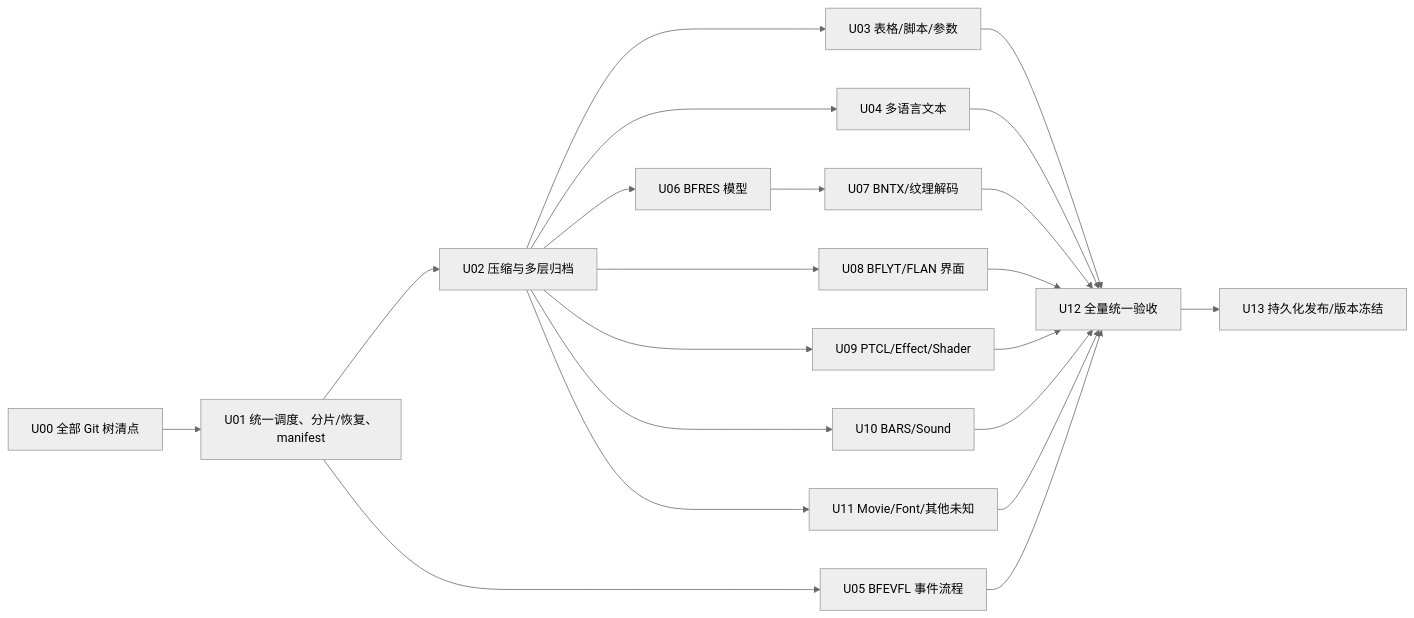
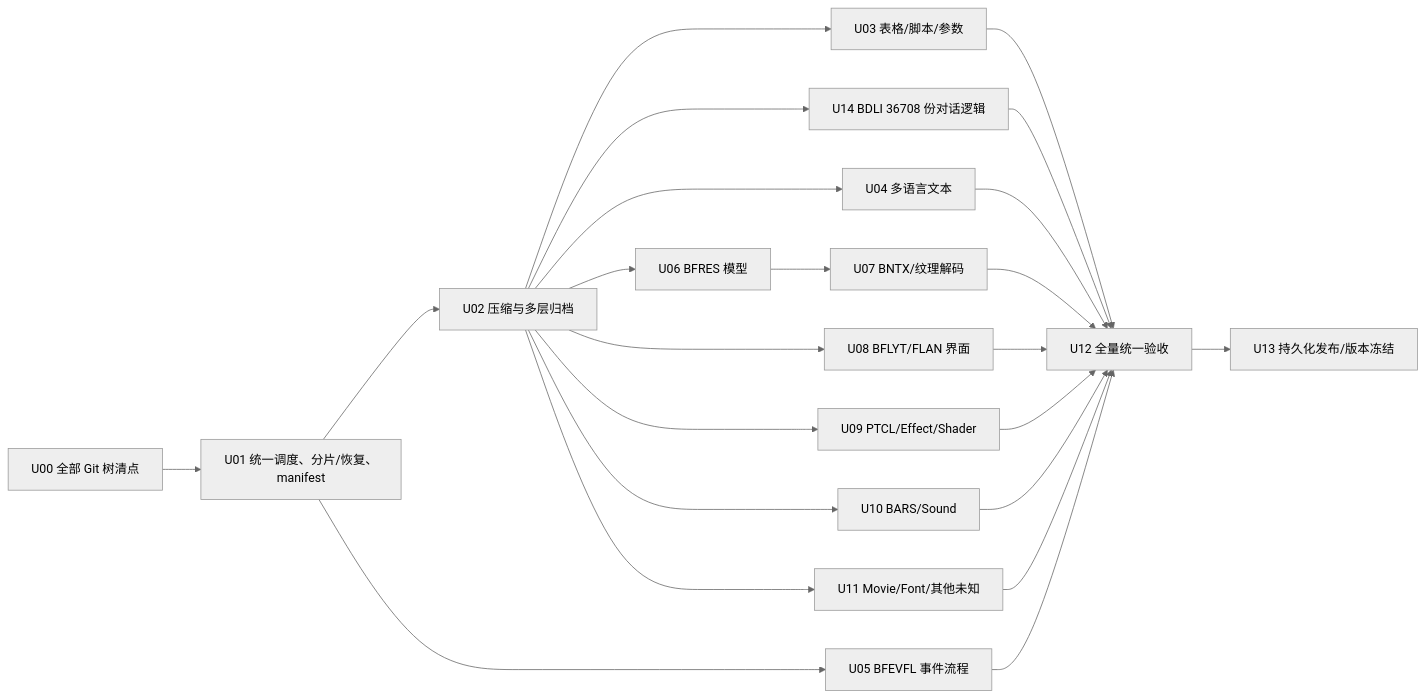
The diagram in docs/UNPACK_MASTER_PLAN.md (969981/ACNH_Resources), drawn with Mermaid (neutral theme) before and after one commit. The commit also changed other lines of this file, not shown here.

Commit message:
docs: incorporate complete 103400-file source baseline and 36708 BDLI resources

````diff
--- a/docs/UNPACK_MASTER_PLAN.md
+++ b/docs/UNPACK_MASTER_PLAN.md
@@ -49,23 +51,25 @@
 ```mermaid
 flowchart LR
   A[U00 全部 Git 树清点] --> B[U01 统一调度、分片/恢复、manifest]
   B --> C[U02 压缩与多层归档]
   C --> D[U03 表格/脚本/参数]
+  C --> O[U14 BDLI 36708 份对话逻辑]
   C --> E[U04 多语言文本]
   B --> F[U05 BFEVFL 事件流程]
   C --> G[U06 BFRES 模型]
   G --> H[U07 BNTX/纹理解码]
   C --> I[U08 BFLYT/FLAN 界面]
   C --> J[U09 PTCL/Effect/Shader]
   C --> K[U10 BARS/Sound]
   C --> L[U11 Movie/Font/其他未知]
   D --> M[U12 全量统一验收]
   E --> M
   F --> M
   H --> M
   I --> M
   J --> M
   K --> M
   L --> M
+  O --> M
   M --> N[U13 持久化发布/版本冻结]
 ```
````
